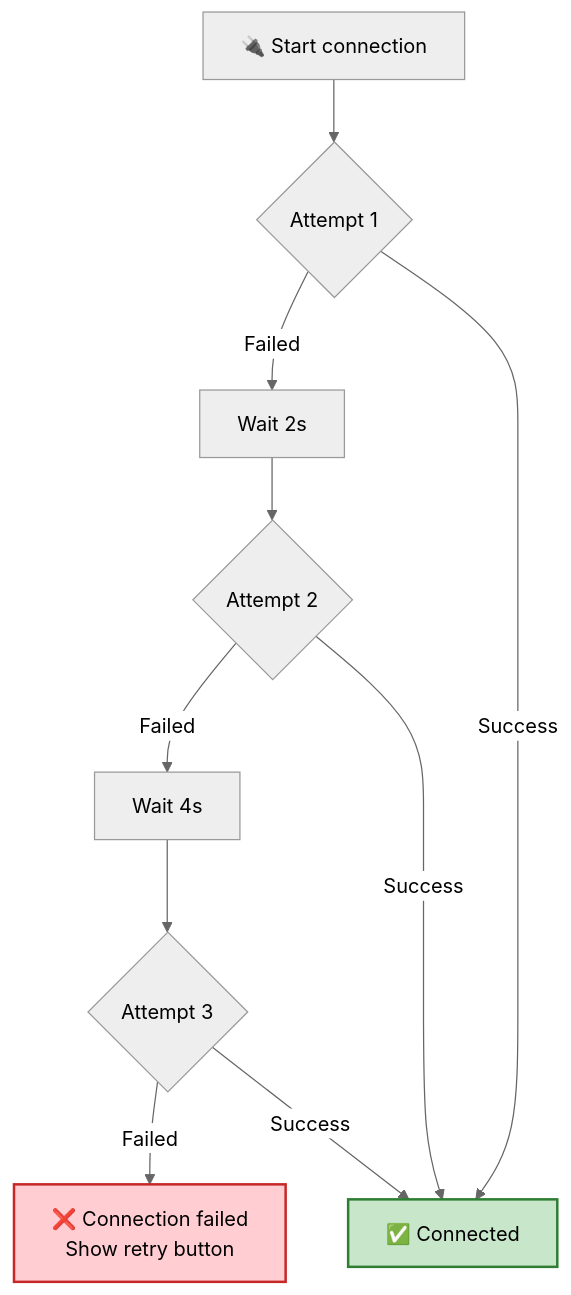
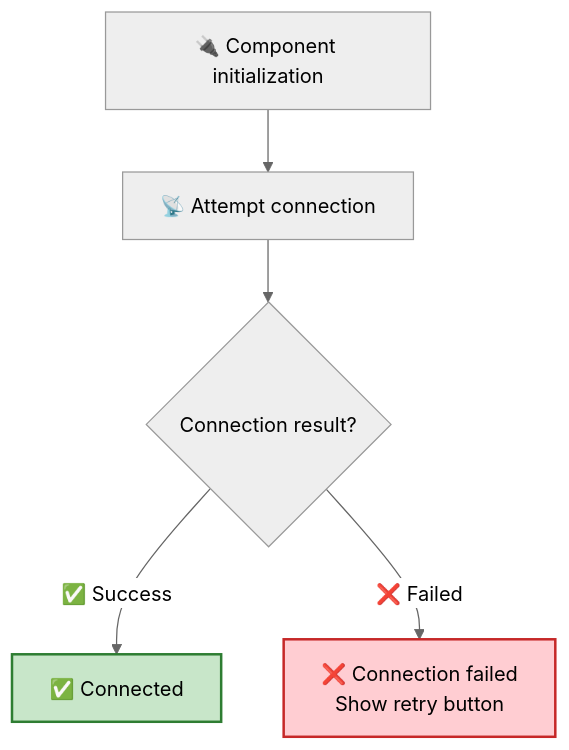
The sixth of 7 diagrams in src/content/docs/en/integration/component-api.md (rtc-agent/docs), drawn with Mermaid (neutral theme) before and after one commit. The commit also changed other lines of this file and 1 other file, not shown here.

First line of the commit message:
docs(integration/component-api): fix connection API and retry logic documentation

````diff
--- a/src/content/docs/en/integration/component-api.md
+++ b/src/content/docs/en/integration/component-api.md
@@ -478,15 +476,10 @@
 ```mermaid
 flowchart TD
-    A["🔌 Start connection"] --> B{"Attempt 1"}
-    B -->|"Failed"| C["Wait 2s"]
-    C --> D{"Attempt 2"}
-    D -->|"Failed"| E["Wait 4s"]
-    E --> F{"Attempt 3"}
-    F -->|"Failed"| G["❌ Connection failed<br/>Show retry button"]
-    F -->|"Success"| H["✅ Connected"]
-    B -->|"Success"| H
-    D -->|"Success"| H
+    A["🔌 Component initialization"] --> B["📡 Attempt connection"]
+    B --> C{"Connection result?"}
+    C -->|"✅ Success"| D["✅ Connected"]
+    C -->|"❌ Failed"| E["❌ Connection failed<br/>Show retry button"]
 
-    style G fill:#ffcdd2,stroke:#c62828,stroke-width:2px
-    style H fill:#c8e6c9,stroke:#2e7d32,stroke-width:2px
+    style D fill:#c8e6c9,stroke:#2e7d32,stroke-width:2px
+    style E fill:#ffcdd2,stroke:#c62828,stroke-width:2px
 ```
````
